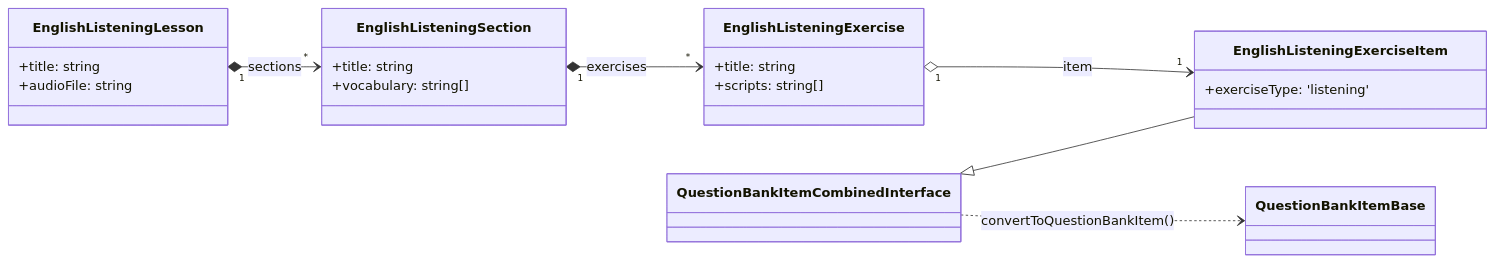
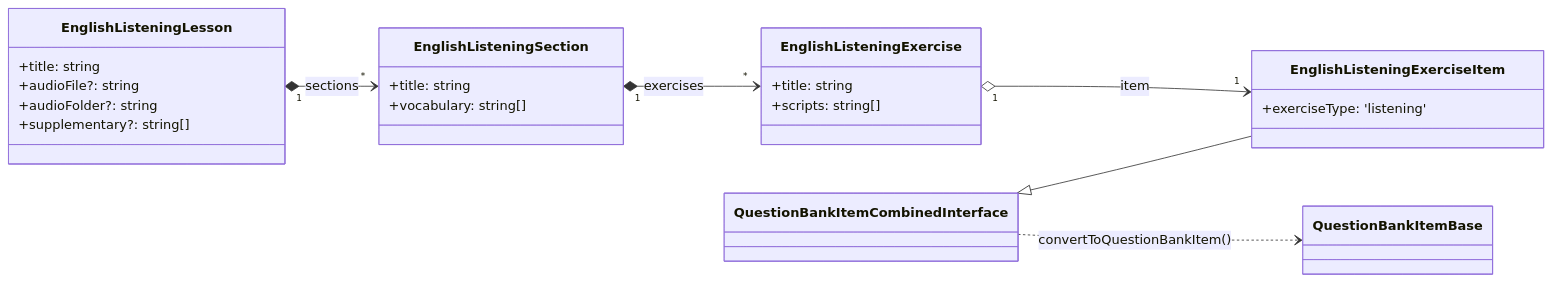
One commit to alvachien/knowledgebuilder changed the second of 5 diagrams in docs/data-models.md. Above: the diagram before and after it, drawn with Mermaid. The commit also changed other lines of this file and 117 other files, not shown here.

````diff
--- a/docs/data-models.md
+++ b/docs/data-models.md
@@ -80,25 +82,27 @@
 ```mermaid
 classDiagram
   direction LR
   class EnglishListeningLesson {
     +title: string
-    +audioFile: string
+    +audioFile?: string
+    +audioFolder?: string
+    +supplementary?: string[]
   }
   class EnglishListeningSection {
     +title: string
     +vocabulary: string[]
   }
   class EnglishListeningExercise {
     +title: string
     +scripts: string[]
   }
   EnglishListeningLesson "1" *--> "*" EnglishListeningSection : sections
   EnglishListeningSection "1" *--> "*" EnglishListeningExercise : exercises
   EnglishListeningExercise "1" o--> "1" EnglishListeningExerciseItem : item
 
   class EnglishListeningExerciseItem {
     +exerciseType: 'listening'
   }
   QuestionBankItemCombinedInterface <|-- EnglishListeningExerciseItem
   QuestionBankItemCombinedInterface ..> QuestionBankItemBase : convertToQuestionBankItem()
 ```
````
